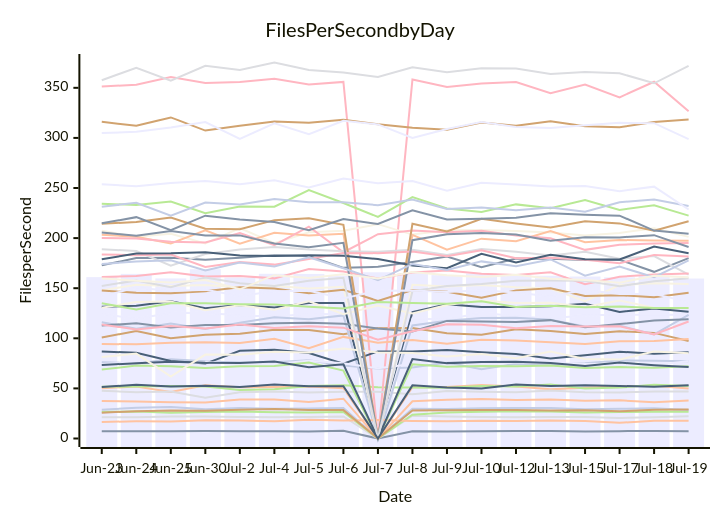
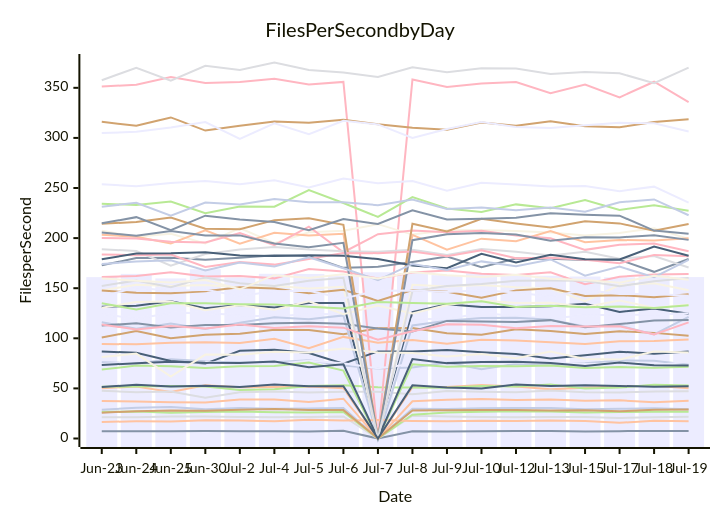
Before and after one commit to streetsidesoftware/cspell: the diagram in perf-report.md, drawn with Mermaid. The commit also changed other lines of this file and 1 other file, not shown here.

````diff
--- a/perf-report.md
+++ b/perf-report.md
@@ -10,57 +10,57 @@
 ```mermaid
 xychart-beta
     title Files Per Second by Day
     y-axis Files per Second
     x-axis Date [Jun-23, Jun-24, Jun-25, Jun-30, Jul-2, Jul-4, Jul-5, Jul-6, Jul-7, Jul-8, Jul-9, Jul-10, Jul-12, Jul-13, Jul-15, Jul-17, Jul-18, Jul-19]
-    bar [161.06, 164.28, 159.75, 168.95, 160.66, 164.38, 164.27, 162.48, 165.90, 164.83, 163.05, 164.68, 163.19, 162.43, 161.66, 160.81, 162.11, 159.68]
-    line [7.12, 7.22, 7.17, 7.37, 7.23, 7.36, 6.99, 7.61, 0.00, 7.24, 7.01, 7.27, 7.49, 7.49, 6.93, 7.35, 7.41, 7.36]
-    line [50.23, 51.87, 46.40, 53.06, 51.19, 51.40, 51.86, 50.10, 0.00, 51.21, 51.39, 53.37, 51.98, 49.24, 50.53, 52.10, 52.76, 49.90]
-    line [21.30, 21.15, 22.00, 21.90, 21.51, 21.13, 21.43, 22.00, 0.00, 22.72, 21.87, 21.57, 21.20, 21.36, 21.51, 20.58, 21.30, 22.11]
-    line [51.73, 51.82, 52.39, 52.00, 48.43, 49.22, 52.34, 53.26, 51.10, 50.86, 50.66, 52.36, 51.79, 53.82, 50.00, 50.85, 53.53, 52.45]
-    line [100.84, 107.27, 100.09, 103.62, 104.63, 108.43, 108.27, 103.96, 110.08, 110.20, 105.06, 103.60, 109.02, 107.38, 104.33, 107.04, 105.42, 97.37]
-    line [76.22, 74.88, 79.14, 76.99, 75.88, 76.09, 78.08, 72.78, 69.82, 70.79, 75.77, 69.10, 74.66, 73.66, 75.08, 77.97, 77.53, 76.99]
-    line [351.35, 353.13, 360.69, 354.83, 355.80, 359.03, 353.22, 355.88, 0.00, 358.26, 350.93, 354.34, 355.82, 344.62, 353.27, 340.52, 356.06, 326.60]
-    line [131.39, 132.60, 136.92, 129.95, 133.16, 130.87, 135.23, 135.13, 0.00, 126.22, 133.87, 131.35, 131.34, 131.95, 134.40, 126.35, 129.62, 126.56]
-    line [207.28, 201.26, 204.34, 194.65, 210.00, 194.85, 205.89, 207.36, 213.92, 203.52, 207.94, 208.03, 207.20, 205.62, 202.63, 205.11, 209.83, 201.25]
-    line [124.29, 119.55, 125.16, 125.39, 122.70, 121.73, 124.30, 123.97, 0.00, 119.80, 118.70, 125.49, 121.97, 119.76, 122.93, 123.39, 123.52, 123.39]
-    line [172.84, 180.05, 180.38, 178.52, 180.47, 182.90, 182.10, 170.31, 171.39, 176.15, 181.65, 170.98, 179.72, 179.37, 178.07, 178.35, 166.36, 180.02]
-    line [203.46, 201.26, 194.60, 207.89, 194.40, 205.29, 202.49, 204.26, 0.00, 203.31, 188.55, 199.47, 196.87, 207.15, 195.83, 198.09, 197.68, 197.42]
-    line [47.61, 46.18, 46.86, 40.79, 46.17, 47.03, 45.86, 46.70, 46.74, 44.23, 47.36, 46.58, 46.27, 47.99, 46.18, 45.89, 46.88, 46.98]
-    line [26.60, 26.95, 25.71, 26.35, 26.84, 26.11, 26.06, 26.52, 0.00, 23.76, 25.86, 26.61, 27.13, 26.83, 25.90, 26.40, 26.69, 26.71]
-    line [316.02, 312.10, 320.45, 307.34, 312.08, 316.35, 315.20, 318.22, 313.66, 310.11, 308.24, 315.35, 312.26, 316.54, 311.74, 310.63, 315.98, 318.36]
-    line [116.01, 109.65, 114.81, 109.29, 115.47, 121.09, 119.06, 122.86, 0.00, 112.77, 117.49, 120.30, 120.41, 118.48, 111.84, 112.66, 103.82, 123.47]
-    line [200.19, 199.73, 196.39, 195.67, 205.11, 192.90, 211.35, 185.93, 203.88, 207.58, 205.87, 207.35, 202.66, 199.84, 188.27, 193.42, 194.63, 195.19]
-    line [86.88, 85.49, 77.34, 74.76, 87.51, 88.59, 85.26, 74.62, 86.95, 86.80, 88.24, 86.00, 84.39, 79.74, 83.17, 86.61, 84.55, 86.02]
-    line [130.59, 136.24, 136.67, 127.99, 132.91, 128.52, 136.97, 123.97, 132.77, 124.67, 133.15, 137.66, 135.26, 135.39, 131.25, 137.83, 130.35, 130.20]
-    line [74.26, 76.13, 73.45, 76.23, 74.07, 74.35, 77.62, 75.07, 70.03, 74.46, 78.13, 73.01, 75.98, 75.26, 74.39, 74.57, 72.87, 77.29]
-    line [112.71, 115.12, 110.67, 113.20, 113.18, 115.07, 115.63, 114.45, 109.79, 106.87, 117.37, 116.66, 116.21, 118.14, 111.02, 114.16, 117.75, 118.94]
-    line [94.35, 94.02, 95.44, 96.15, 95.34, 99.55, 90.07, 101.41, 95.54, 98.21, 94.52, 98.50, 97.78, 96.17, 94.33, 97.04, 97.24, 99.19]
-    line [188.80, 187.17, 172.53, 184.06, 188.67, 191.18, 188.53, 186.82, 186.30, 188.38, 183.25, 189.14, 186.31, 182.67, 186.39, 179.31, 182.07, 163.63]
-    line [234.34, 233.01, 236.58, 224.78, 231.59, 231.28, 247.94, 235.03, 221.17, 240.95, 229.51, 226.18, 233.66, 229.73, 238.10, 228.16, 232.72, 222.45]
-    line [214.37, 216.02, 220.47, 209.37, 208.94, 217.94, 219.88, 213.33, 0.00, 214.36, 206.61, 219.33, 214.62, 210.58, 216.81, 214.69, 207.39, 216.87]
-    line [28.80, 30.64, 31.41, 29.25, 30.37, 29.62, 29.89, 30.35, 0.00, 29.68, 29.34, 30.24, 30.35, 30.53, 29.15, 29.59, 30.29, 28.39]
-    line [183.71, 182.95, 183.62, 171.28, 176.05, 173.54, 179.14, 185.15, 184.99, 186.71, 181.92, 187.82, 179.82, 180.43, 178.37, 174.98, 183.26, 181.75]
-    line [178.80, 184.67, 184.84, 185.79, 182.56, 182.17, 182.82, 182.50, 179.12, 172.62, 169.88, 184.28, 175.71, 183.39, 178.90, 178.60, 191.51, 184.82]
-    line [147.83, 153.51, 152.15, 153.26, 150.82, 152.56, 149.61, 151.37, 0.00, 153.34, 151.79, 153.10, 150.91, 149.71, 136.98, 153.14, 154.96, 154.20]
-    line [304.83, 306.07, 310.41, 315.81, 298.93, 314.56, 303.69, 317.11, 313.48, 300.01, 308.91, 315.76, 310.85, 309.84, 312.53, 315.03, 314.69, 298.84]
-    line [214.79, 220.92, 207.92, 222.39, 218.49, 216.06, 207.77, 218.95, 214.11, 227.80, 218.56, 219.23, 220.42, 224.78, 223.29, 222.43, 207.49, 204.37]
-    line [16.59, 17.11, 17.00, 18.16, 17.94, 17.30, 18.64, 18.07, 18.36, 17.45, 17.16, 17.77, 17.48, 17.96, 17.52, 15.60, 17.77, 17.62]
-    line [357.60, 370.08, 357.07, 371.96, 367.90, 375.27, 367.85, 365.20, 360.83, 370.59, 365.59, 369.56, 369.35, 363.79, 365.85, 364.51, 354.54, 371.95]
-    line [68.82, 72.77, 72.13, 70.38, 72.17, 72.40, 75.76, 67.72, 0.00, 74.05, 71.58, 72.37, 72.08, 72.80, 70.30, 71.38, 70.52, 72.10]
-    line [147.78, 145.47, 144.87, 146.87, 151.06, 149.73, 144.88, 148.36, 137.35, 148.23, 146.43, 140.41, 147.84, 149.86, 142.29, 143.07, 141.02, 145.49]
-    line [231.36, 235.26, 222.40, 235.59, 233.45, 238.97, 235.75, 235.89, 232.86, 238.48, 229.00, 230.57, 227.85, 230.59, 226.26, 235.84, 238.63, 232.07]
-    line [161.29, 162.24, 165.87, 161.72, 162.26, 159.82, 169.05, 166.75, 159.60, 165.64, 167.61, 164.48, 163.07, 165.84, 153.93, 161.48, 163.65, 164.56]
-    line [73.34, 75.14, 76.59, 75.51, 75.45, 76.79, 71.21, 73.99, 0.00, 79.33, 75.23, 76.27, 76.63, 75.41, 72.48, 75.77, 73.22, 71.33]
-    line [81.29, 84.76, 61.88, 83.73, 83.48, 86.69, 85.83, 89.91, 85.92, 85.41, 81.93, 84.31, 79.99, 86.85, 79.35, 78.74, 86.89, 85.18]
-    line [253.77, 251.67, 255.05, 257.07, 253.64, 257.67, 250.47, 259.54, 254.67, 257.07, 247.35, 255.25, 253.55, 251.59, 252.00, 246.87, 251.37, 228.56]
-    line [205.60, 202.43, 207.02, 202.54, 202.72, 194.67, 190.86, 195.33, 0.00, 197.97, 203.94, 205.22, 203.61, 197.40, 200.74, 200.72, 202.94, 191.10]
-    line [37.48, 36.99, 36.10, 35.86, 38.94, 38.99, 36.38, 39.71, 0.00, 37.09, 38.73, 39.43, 38.35, 38.90, 37.77, 38.11, 36.22, 37.89]
-    line [152.29, 157.67, 151.07, 160.69, 154.94, 152.23, 157.47, 160.32, 0.00, 147.14, 152.12, 154.25, 157.55, 157.57, 157.54, 152.05, 156.89, 160.03]
-    line [135.01, 128.78, 135.00, 135.05, 134.05, 133.73, 131.56, 129.78, 136.12, 135.18, 134.44, 136.88, 131.27, 132.43, 131.04, 131.83, 130.19, 130.13]
-    line [25.82, 27.29, 28.03, 27.82, 28.74, 29.48, 28.36, 28.34, 0.00, 27.98, 28.10, 28.43, 28.38, 28.02, 28.20, 27.23, 28.58, 28.94]
-    line [174.24, 176.57, 177.80, 167.68, 175.75, 171.75, 180.95, 169.97, 158.13, 174.21, 168.28, 176.77, 172.02, 178.72, 162.59, 171.56, 160.94, 177.74]
-    line [113.71, 108.86, 112.34, 109.73, 113.68, 110.37, 111.97, 110.64, 98.54, 106.95, 114.12, 113.53, 110.15, 112.38, 111.90, 112.10, 103.78, 116.82]
-    line [51.44, 53.68, 51.84, 52.69, 51.50, 53.98, 52.25, 52.09, 0.00, 53.03, 50.88, 50.01, 53.83, 52.41, 53.08, 52.40, 51.77, 53.20]
-    line [159.81, 157.56, 155.70, 158.25, 148.90, 163.02, 160.27, 163.84, 159.78, 166.09, 162.99, 161.12, 163.50, 159.47, 158.31, 155.54, 162.49, 160.91]
-    line [141.81, 150.65, 147.20, 148.34, 142.33, 146.88, 147.38, 139.67, 147.57, 147.61, 146.15, 148.02, 145.81, 141.78, 148.18, 144.29, 144.20, 136.36]
+    bar [161.06, 164.28, 159.75, 168.95, 160.66, 164.38, 164.27, 162.48, 165.90, 164.83, 163.05, 164.68, 163.19, 162.43, 161.66, 160.81, 162.11, 161.13]
+    line [7.12, 7.22, 7.17, 7.37, 7.23, 7.36, 6.99, 7.61, 0.00, 7.24, 7.01, 7.27, 7.49, 7.49, 6.93, 7.35, 7.41, 7.46]
+    line [50.23, 51.87, 46.40, 53.06, 51.19, 51.40, 51.86, 50.10, 0.00, 51.21, 51.39, 53.37, 51.98, 49.24, 50.53, 52.10, 52.76, 50.14]
+    line [21.30, 21.15, 22.00, 21.90, 21.51, 21.13, 21.43, 22.00, 0.00, 22.72, 21.87, 21.57, 21.20, 21.36, 21.51, 20.58, 21.30, 21.61]
+    line [51.73, 51.82, 52.39, 52.00, 48.43, 49.22, 52.34, 53.26, 51.10, 50.86, 50.66, 52.36, 51.79, 53.82, 50.00, 50.85, 53.53, 52.91]
+    line [100.84, 107.27, 100.09, 103.62, 104.63, 108.43, 108.27, 103.96, 110.08, 110.20, 105.06, 103.60, 109.02, 107.38, 104.33, 107.04, 105.42, 102.63]
+    line [76.22, 74.88, 79.14, 76.99, 75.88, 76.09, 78.08, 72.78, 69.82, 70.79, 75.77, 69.10, 74.66, 73.66, 75.08, 77.97, 77.53, 73.50]
+    line [351.35, 353.13, 360.69, 354.83, 355.80, 359.03, 353.22, 355.88, 0.00, 358.26, 350.93, 354.34, 355.82, 344.62, 353.27, 340.52, 356.06, 335.77]
+    line [131.39, 132.60, 136.92, 129.95, 133.16, 130.87, 135.23, 135.13, 0.00, 126.22, 133.87, 131.35, 131.34, 131.95, 134.40, 126.35, 129.62, 124.59]
+    line [207.28, 201.26, 204.34, 194.65, 210.00, 194.85, 205.89, 207.36, 213.92, 203.52, 207.94, 208.03, 207.20, 205.62, 202.63, 205.11, 209.83, 199.22]
+    line [124.29, 119.55, 125.16, 125.39, 122.70, 121.73, 124.30, 123.97, 0.00, 119.80, 118.70, 125.49, 121.97, 119.76, 122.93, 123.39, 123.52, 125.10]
+    line [172.84, 180.05, 180.38, 178.52, 180.47, 182.90, 182.10, 170.31, 171.39, 176.15, 181.65, 170.98, 179.72, 179.37, 178.07, 178.35, 166.36, 179.14]
+    line [203.46, 201.26, 194.60, 207.89, 194.40, 205.29, 202.49, 204.26, 0.00, 203.31, 188.55, 199.47, 196.87, 207.15, 195.83, 198.09, 197.68, 199.89]
+    line [47.61, 46.18, 46.86, 40.79, 46.17, 47.03, 45.86, 46.70, 46.74, 44.23, 47.36, 46.58, 46.27, 47.99, 46.18, 45.89, 46.88, 47.21]
+    line [26.60, 26.95, 25.71, 26.35, 26.84, 26.11, 26.06, 26.52, 0.00, 23.76, 25.86, 26.61, 27.13, 26.83, 25.90, 26.40, 26.69, 26.69]
+    line [316.02, 312.10, 320.45, 307.34, 312.08, 316.35, 315.20, 318.22, 313.66, 310.11, 308.24, 315.35, 312.26, 316.54, 311.74, 310.63, 315.98, 318.55]
+    line [116.01, 109.65, 114.81, 109.29, 115.47, 121.09, 119.06, 122.86, 0.00, 112.77, 117.49, 120.30, 120.41, 118.48, 111.84, 112.66, 103.82, 121.36]
+    line [200.19, 199.73, 196.39, 195.67, 205.11, 192.90, 211.35, 185.93, 203.88, 207.58, 205.87, 207.35, 202.66, 199.84, 188.27, 193.42, 194.63, 186.92]
+    line [86.88, 85.49, 77.34, 74.76, 87.51, 88.59, 85.26, 74.62, 86.95, 86.80, 88.24, 86.00, 84.39, 79.74, 83.17, 86.61, 84.55, 86.82]
+    line [130.59, 136.24, 136.67, 127.99, 132.91, 128.52, 136.97, 123.97, 132.77, 124.67, 133.15, 137.66, 135.26, 135.39, 131.25, 137.83, 130.35, 133.74]
+    line [74.26, 76.13, 73.45, 76.23, 74.07, 74.35, 77.62, 75.07, 70.03, 74.46, 78.13, 73.01, 75.98, 75.26, 74.39, 74.57, 72.87, 76.88]
+    line [112.71, 115.12, 110.67, 113.20, 113.18, 115.07, 115.63, 114.45, 109.79, 106.87, 117.37, 116.66, 116.21, 118.14, 111.02, 114.16, 117.75, 118.19]
+    line [94.35, 94.02, 95.44, 96.15, 95.34, 99.55, 90.07, 101.41, 95.54, 98.21, 94.52, 98.50, 97.78, 96.17, 94.33, 97.04, 97.24, 98.72]
+    line [188.80, 187.17, 172.53, 184.06, 188.67, 191.18, 188.53, 186.82, 186.30, 188.38, 183.25, 189.14, 186.31, 182.67, 186.39, 179.31, 182.07, 170.64]
+    line [234.34, 233.01, 236.58, 224.78, 231.59, 231.28, 247.94, 235.03, 221.17, 240.95, 229.51, 226.18, 233.66, 229.73, 238.10, 228.16, 232.72, 227.42]
+    line [214.37, 216.02, 220.47, 209.37, 208.94, 217.94, 219.88, 213.33, 0.00, 214.36, 206.61, 219.33, 214.62, 210.58, 216.81, 214.69, 207.39, 214.15]
+    line [28.80, 30.64, 31.41, 29.25, 30.37, 29.62, 29.89, 30.35, 0.00, 29.68, 29.34, 30.24, 30.35, 30.53, 29.15, 29.59, 30.29, 29.24]
+    line [183.71, 182.95, 183.62, 171.28, 176.05, 173.54, 179.14, 185.15, 184.99, 186.71, 181.92, 187.82, 179.82, 180.43, 178.37, 174.98, 183.26, 181.96]
+    line [178.80, 184.67, 184.84, 185.79, 182.56, 182.17, 182.82, 182.50, 179.12, 172.62, 169.88, 184.28, 175.71, 183.39, 178.90, 178.60, 191.51, 182.40]
+    line [147.83, 153.51, 152.15, 153.26, 150.82, 152.56, 149.61, 151.37, 0.00, 153.34, 151.79, 153.10, 150.91, 149.71, 136.98, 153.14, 154.96, 148.00]
+    line [304.83, 306.07, 310.41, 315.81, 298.93, 314.56, 303.69, 317.11, 313.48, 300.01, 308.91, 315.76, 310.85, 309.84, 312.53, 315.03, 314.69, 306.49]
+    line [214.79, 220.92, 207.92, 222.39, 218.49, 216.06, 207.77, 218.95, 214.11, 227.80, 218.56, 219.23, 220.42, 224.78, 223.29, 222.43, 207.49, 204.30]
+    line [16.59, 17.11, 17.00, 18.16, 17.94, 17.30, 18.64, 18.07, 18.36, 17.45, 17.16, 17.77, 17.48, 17.96, 17.52, 15.60, 17.77, 17.27]
+    line [357.60, 370.08, 357.07, 371.96, 367.90, 375.27, 367.85, 365.20, 360.83, 370.59, 365.59, 369.56, 369.35, 363.79, 365.85, 364.51, 354.54, 370.23]
+    line [68.82, 72.77, 72.13, 70.38, 72.17, 72.40, 75.76, 67.72, 0.00, 74.05, 71.58, 72.37, 72.08, 72.80, 70.30, 71.38, 70.52, 71.59]
+    line [147.78, 145.47, 144.87, 146.87, 151.06, 149.73, 144.88, 148.36, 137.35, 148.23, 146.43, 140.41, 147.84, 149.86, 142.29, 143.07, 141.02, 143.89]
+    line [231.36, 235.26, 222.40, 235.59, 233.45, 238.97, 235.75, 235.89, 232.86, 238.48, 229.00, 230.57, 227.85, 230.59, 226.26, 235.84, 238.63, 222.83]
+    line [161.29, 162.24, 165.87, 161.72, 162.26, 159.82, 169.05, 166.75, 159.60, 165.64, 167.61, 164.48, 163.07, 165.84, 153.93, 161.48, 163.65, 164.24]
+    line [73.34, 75.14, 76.59, 75.51, 75.45, 76.79, 71.21, 73.99, 0.00, 79.33, 75.23, 76.27, 76.63, 75.41, 72.48, 75.77, 73.22, 72.90]
+    line [81.29, 84.76, 61.88, 83.73, 83.48, 86.69, 85.83, 89.91, 85.92, 85.41, 81.93, 84.31, 79.99, 86.85, 79.35, 78.74, 86.89, 85.72]
+    line [253.77, 251.67, 255.05, 257.07, 253.64, 257.67, 250.47, 259.54, 254.67, 257.07, 247.35, 255.25, 253.55, 251.59, 252.00, 246.87, 251.37, 235.49]
+    line [205.60, 202.43, 207.02, 202.54, 202.72, 194.67, 190.86, 195.33, 0.00, 197.97, 203.94, 205.22, 203.61, 197.40, 200.74, 200.72, 202.94, 198.24]
+    line [37.48, 36.99, 36.10, 35.86, 38.94, 38.99, 36.38, 39.71, 0.00, 37.09, 38.73, 39.43, 38.35, 38.90, 37.77, 38.11, 36.22, 37.67]
+    line [152.29, 157.67, 151.07, 160.69, 154.94, 152.23, 157.47, 160.32, 0.00, 147.14, 152.12, 154.25, 157.55, 157.57, 157.54, 152.05, 156.89, 160.29]
+    line [135.01, 128.78, 135.00, 135.05, 134.05, 133.73, 131.56, 129.78, 136.12, 135.18, 134.44, 136.88, 131.27, 132.43, 131.04, 131.83, 130.19, 132.88]
+    line [25.82, 27.29, 28.03, 27.82, 28.74, 29.48, 28.36, 28.34, 0.00, 27.98, 28.10, 28.43, 28.38, 28.02, 28.20, 27.23, 28.58, 28.83]
+    line [174.24, 176.57, 177.80, 167.68, 175.75, 171.75, 180.95, 169.97, 158.13, 174.21, 168.28, 176.77, 172.02, 178.72, 162.59, 171.56, 160.94, 178.20]
+    line [113.71, 108.86, 112.34, 109.73, 113.68, 110.37, 111.97, 110.64, 98.54, 106.95, 114.12, 113.53, 110.15, 112.38, 111.90, 112.10, 103.78, 115.91]
+    line [51.44, 53.68, 51.84, 52.69, 51.50, 53.98, 52.25, 52.09, 0.00, 53.03, 50.88, 50.01, 53.83, 52.41, 53.08, 52.40, 51.77, 52.09]
+    line [159.81, 157.56, 155.70, 158.25, 148.90, 163.02, 160.27, 163.84, 159.78, 166.09, 162.99, 161.12, 163.50, 159.47, 158.31, 155.54, 162.49, 158.38]
+    line [141.81, 150.65, 147.20, 148.34, 142.33, 146.88, 147.38, 139.67, 147.57, 147.61, 146.15, 148.02, 145.81, 141.78, 148.18, 144.29, 144.20, 142.54]
 ```
````
